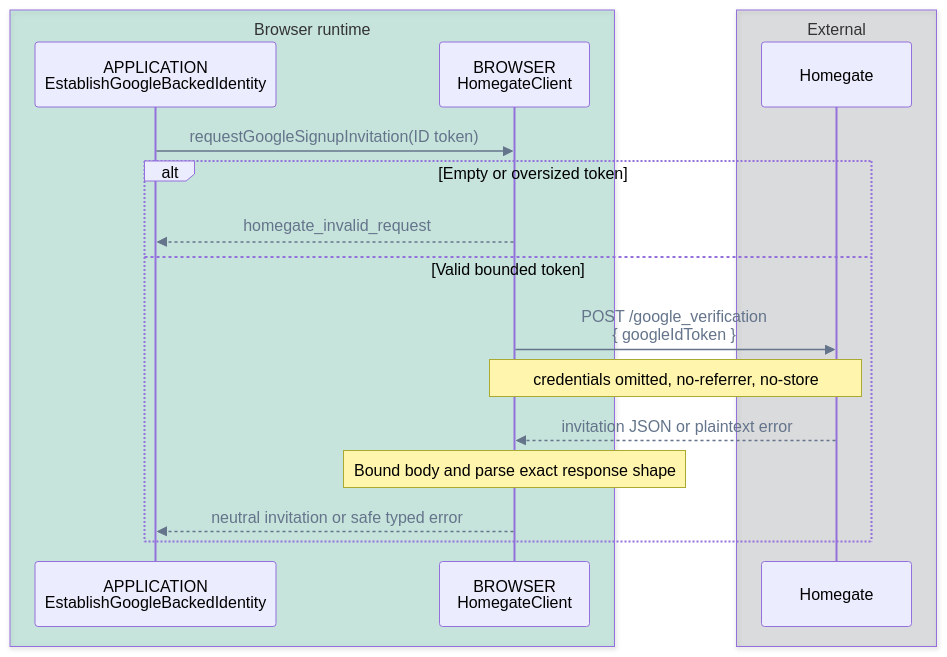
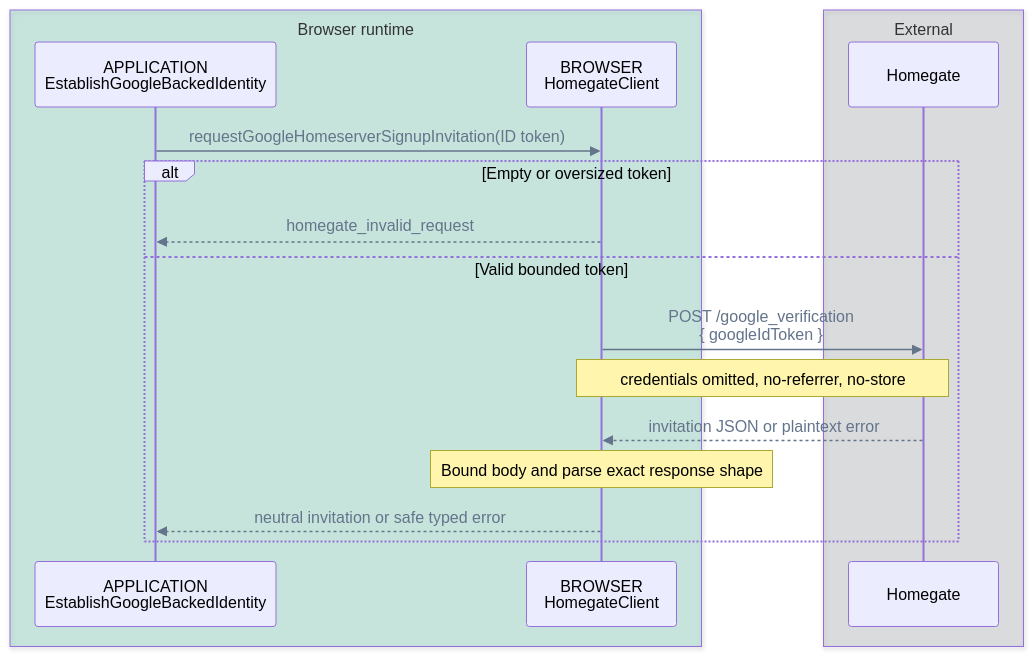
Diagram 14 of 14 in FLOWS.md (pubky/pubky-passport), drawn with Mermaid before and after one commit. The commit also changed other lines of this file and 56 other files, not shown here.

````diff
--- a/FLOWS.md
+++ b/FLOWS.md
@@ -804,24 +822,24 @@
 ```mermaid
 %%{init: {"themeVariables": {"signalColor": "#64748B", "signalTextColor": "#64748B"}}}%%
 sequenceDiagram
-    accTitle: Direct browser Homegate invitation call flow
+    accTitle: Direct browser Homegate signup invitation call flow
     accDescr: The browser adapter sends only the Google ID token directly to configured Homegate, then bounds and maps the invitation or plaintext error to a safe application result.
     box rgba(0, 158, 115, 0.18) Browser runtime
         participant UseCase as APPLICATION<br/>EstablishGoogleBackedIdentity
         participant Adapter as BROWSER<br/>HomegateClient
     end
     box rgba(17, 24, 39, 0.12) External
         participant Homegate as Homegate
     end
 
-    UseCase->>Adapter: requestGoogleSignupInvitation(ID token)
+    UseCase->>Adapter: requestGoogleHomeserverSignupInvitation(ID token)
     alt Empty or oversized token
         Adapter-->>UseCase: homegate_invalid_request
     else Valid bounded token
         Adapter->>Homegate: POST /google_verification<br/>{ googleIdToken }
         Note over Adapter,Homegate: credentials omitted, no-referrer, no-store
         Homegate-->>Adapter: invitation JSON or plaintext error
         Note over Adapter: Bound body and parse exact response shape
         Adapter-->>UseCase: neutral invitation or safe typed error
     end
 ```
````
